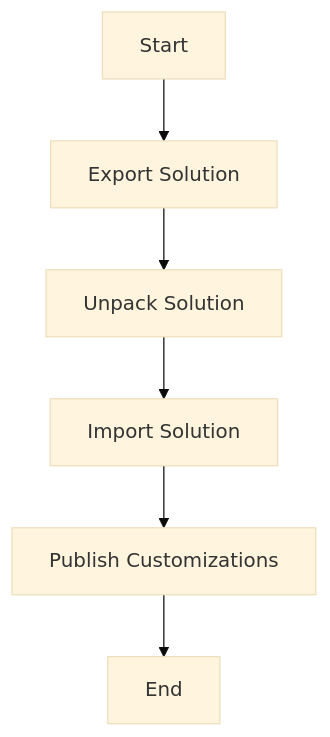
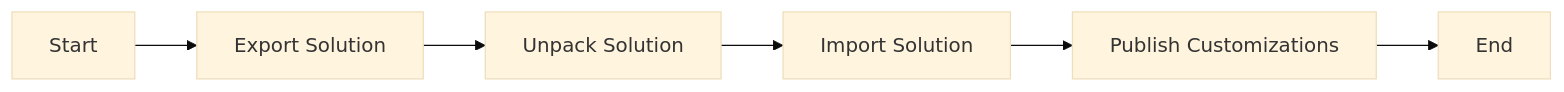
The diagram in readme.md (itweedie/PowerPaltform-Dataverse4Teams), drawn with Mermaid (base theme) before and after one commit. The commit also changed other lines of this file, not shown here.

````diff
--- a/readme.md
+++ b/readme.md
@@ -35,8 +35,8 @@
 ```mermaid
-graph TD
+graph LR
     A[Start] --> B[Export Solution]
     B --> C[Unpack Solution]
     C --> D[Import Solution]
     D --> E[Publish Customizations]
     E --> F[End]
 ```
````
